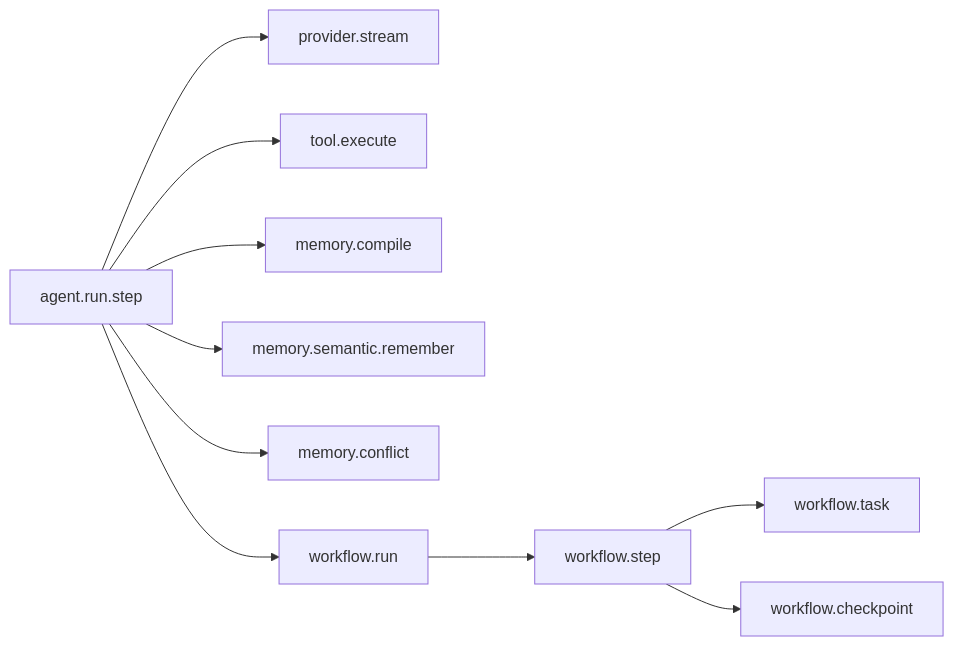
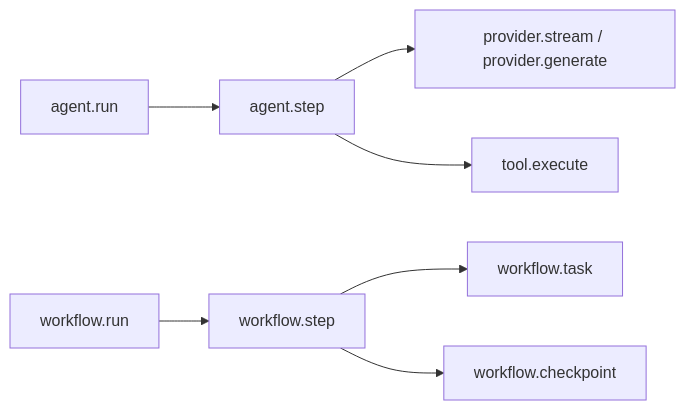
The first of 2 diagrams in documentation/guide/observability.md (o-stepper/graphorin), drawn with Mermaid before and after one commit. The commit also changed other lines of this file and 107 other files, not shown here.

````diff
--- a/documentation/guide/observability.md
+++ b/documentation/guide/observability.md
@@ -12,12 +12,9 @@
 ```mermaid
 flowchart LR
-    A[agent.run.step] --> B[provider.stream]
-    A --> C[tool.execute]
-    A --> D[memory.compile]
-    A --> E[memory.semantic.remember]
-    A --> F[memory.conflict]
-    A --> G[workflow.run]
-    G --> H[workflow.step]
+    R[agent.run] --> S[agent.step]
+    S --> B[provider.stream / provider.generate]
+    S --> C[tool.execute]
+    W[workflow.run] --> H[workflow.step]
     H --> I[workflow.task]
     H --> J[workflow.checkpoint]
 ```
````
